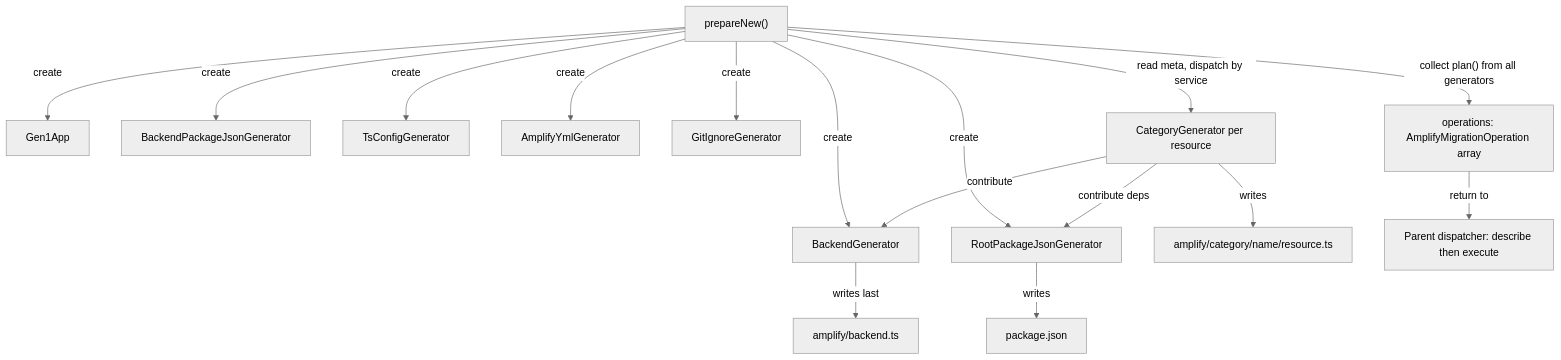
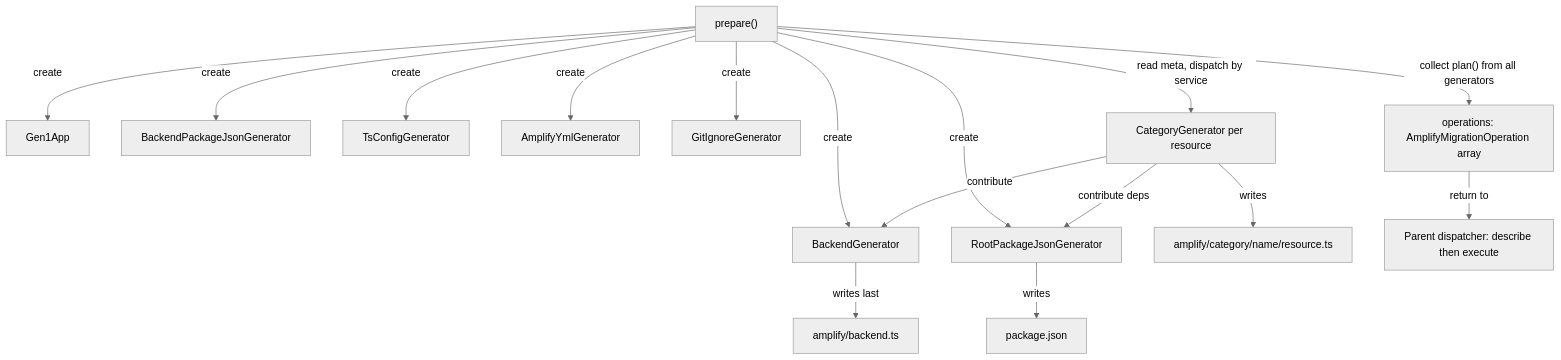
One commit to aws-amplify/amplify-cli changed the diagram in docs/packages/amplify-cli/src/commands/gen2-migration/generate.md. Above: the diagram before and after it, drawn with Mermaid (neutral theme). The commit also changed other lines of this file and 4 other files, not shown here.

First line of the commit message:
refactor: Inline prepare into AmplifyMigrationGenerateStep

````diff
--- a/docs/packages/amplify-cli/src/commands/gen2-migration/generate.md
+++ b/docs/packages/amplify-cli/src/commands/gen2-migration/generate.md
@@ -155,22 +154,22 @@
 ```mermaid
 flowchart TD
-    STEP["prepareNew()"] -->|create| G1[Gen1App]
+    STEP["prepare()"] -->|create| G1[Gen1App]
     STEP -->|create| BG[BackendGenerator]
     STEP -->|create| PKG[RootPackageJsonGenerator]
     STEP -->|create| BPKG[BackendPackageJsonGenerator]
     STEP -->|create| TSC[TsConfigGenerator]
     STEP -->|create| YML[AmplifyYmlGenerator]
     STEP -->|create| GIT[GitIgnoreGenerator]
 
     STEP -->|read meta, dispatch by service| CAT["CategoryGenerator per resource"]
 
     CAT -->|writes| RES["amplify/category/name/resource.ts"]
     CAT -->|contribute| BG
     CAT -->|contribute deps| PKG
 
     BG -->|writes last| BACK["amplify/backend.ts"]
     PKG -->|writes| PKGF["package.json"]
 
     STEP -->|"collect plan() from all generators"| OPS["operations: AmplifyMigrationOperation array"]
     OPS -->|return to| DISP["Parent dispatcher: describe then execute"]
 ```
````
